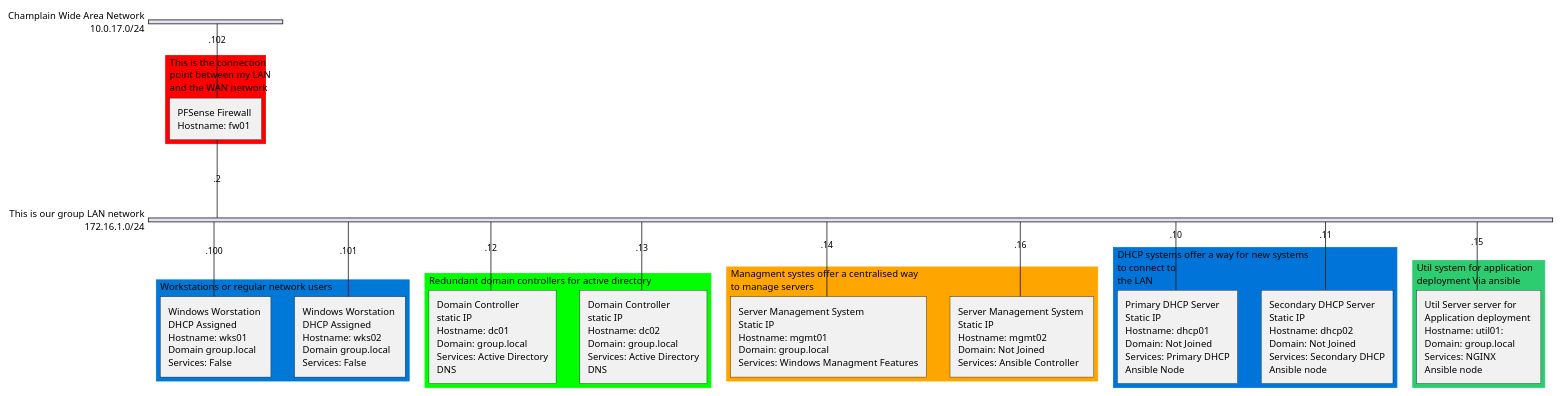
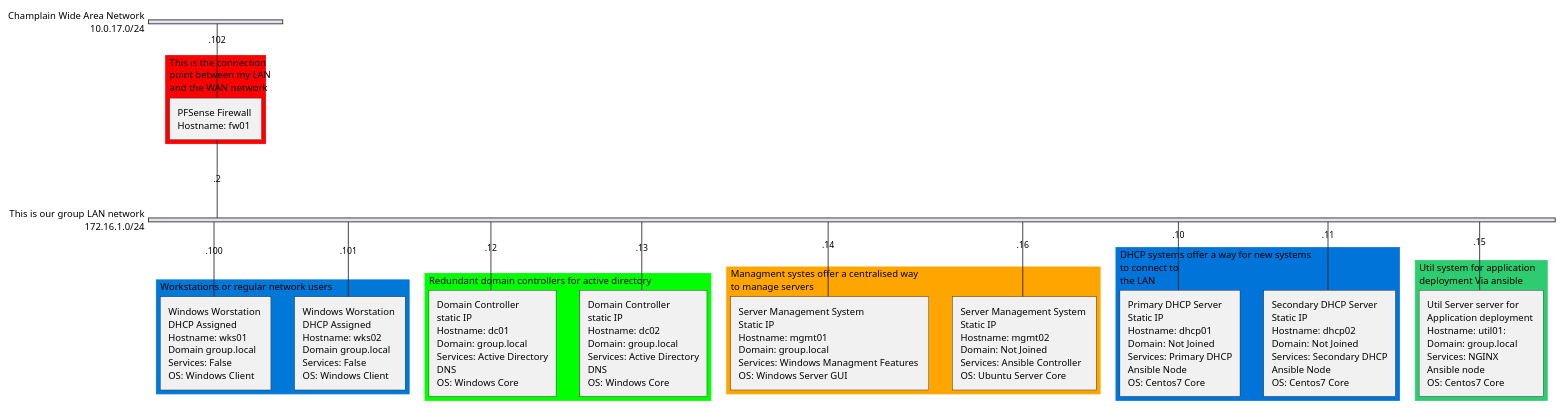
Before and after one commit to AminDaoudi/Final-Project: the diagram in milestone1_diagram.plantuml, drawn with PlantUML.

Commit message:
Updated Network Diagram

```diff
--- a/milestone1_diagram.plantuml
+++ b/milestone1_diagram.plantuml
@@ -1,63 +1,63 @@
 @startuml Working Network Diagram
 skinparam backgroundColor ##F0F0F0
 
 nwdiag {
     
     network WAN {
         address = 10.0.17.0/24
         description = "Champlain Wide Area Network"
 
         // define group
         group firewall {
             color = "#FF0000";
             fw01 [address = ".102", description = "PFSense Firewall \nHostname: fw01 "]
             description = "This is the connection \npoint between my LAN \nand the WAN network"
 
         }
     }
     network LAN {
         address = 172.16.1.0/24
         description = "This is our group LAN network"
         fw01 [address = ".2"]
 
         // define group
         group workstations {
             description = "Workstations or regular network users"
             color = "#0078D7";
-            wks01 [address = ".100", description = "Windows Worstation \nDHCP Assigned \nHostname: wks01 \nDomain group.local \nServices: False"]
-            wks02 [address = ".101", description = "Windows Worstation \nDHCP Assigned \nHostname: wks02 \nDomain group.local \nServices: False"]
+            wks01 [address = ".100", description = "Windows Worstation \nDHCP Assigned \nHostname: wks01 \nDomain group.local \nServices: False \nOS: Windows Client"]
+            wks02 [address = ".101", description = "Windows Worstation \nDHCP Assigned \nHostname: wks02 \nDomain group.local \nServices: False \nOS: Windows Client"]
         }
         // define group
         group domaincontrollers {
             description = "Redundant domain controllers for active directory"
             color = "#00FF00";
-            dc01 [address = ".12", description = "Domain Controller \nstatic IP \nHostname: dc01 \nDomain: group.local \nServices: Active Directory, DNS"]
-            dc02 [address = ".13", description = "Domain Controller \nstatic IP \nHostname: dc02 \nDomain: group.local \nServices: Active Directory, DNS"]
+            dc01 [address = ".12", description = "Domain Controller \nstatic IP \nHostname: dc01 \nDomain: group.local \nServices: Active Directory, DNS \nOS: Windows Core"]
+            dc02 [address = ".13", description = "Domain Controller \nstatic IP \nHostname: dc02 \nDomain: group.local \nServices: Active Directory, DNS \nOS: Windows Core"]
 
         }
         // define group 
         group managmentsystems {
             description = "Managment systes offer a centralised way \nto manage servers"
             color = "#FFA500";
-            mgmt01 [address = ".14", description = "Server Management System \nStatic IP \nHostname: mgmt01 \nDomain: group.local \nServices: Windows Managment Features"]
-            mgmt02 [address = ".16", description = "Server Management System \nStatic IP \nHostname: mgmt02 \nDomain: Not Joined \nServices: Ansible Controller"]
+            mgmt01 [address = ".14", description = "Server Management System \nStatic IP \nHostname: mgmt01 \nDomain: group.local \nServices: Windows Managment Features \nOS: Windows Server GUI"]
+            mgmt02 [address = ".16", description = "Server Management System \nStatic IP \nHostname: mgmt02 \nDomain: Not Joined \nServices: Ansible Controller \nOS: Ubuntu Server Core"]
         }
         // define group
         group dhcpsystems {
             description = "DHCP systems offer a way for new systems \nto connect to \nthe LAN"
             color = "#0074D9";
-            dhcp01 [address = ".10", description = "Primary DHCP Server \nStatic IP \nHostname: dhcp01 \nDomain: Not Joined \nServices: Primary DHCP, Ansible Node"]
-            dhcp02 [address = ".11", description = "Secondary DHCP Server \nStatic IP \nHostname: dhcp02 \nDomain: Not Joined \nServices: Secondary DHCP, Ansible node"]
+            dhcp01 [address = ".10", description = "Primary DHCP Server \nStatic IP \nHostname: dhcp01 \nDomain: Not Joined \nServices: Primary DHCP, Ansible Node \nOS: Centos7 Core"]
+            dhcp02 [address = ".11", description = "Secondary DHCP Server \nStatic IP \nHostname: dhcp02 \nDomain: Not Joined \nServices: Secondary DHCP, Ansible Node \nOS: Centos7 Core"]
 
         }
         // define group 
         group util {
             description = "Util system for application \ndeployment Via ansible"
             color = "#2ECC71";
-            util01 [address = ".15", description = "Util Server server for \nApplication deployment \nHostname: util01: \nDomain: group.local \nServices: NGINX, Ansible node"]
+            util01 [address = ".15", description = "Util Server server for \nApplication deployment \nHostname: util01: \nDomain: group.local \nServices: NGINX, Ansible node \nOS: Centos7 Core"]
         }
     }
     
 }
 
 @enduml
```
